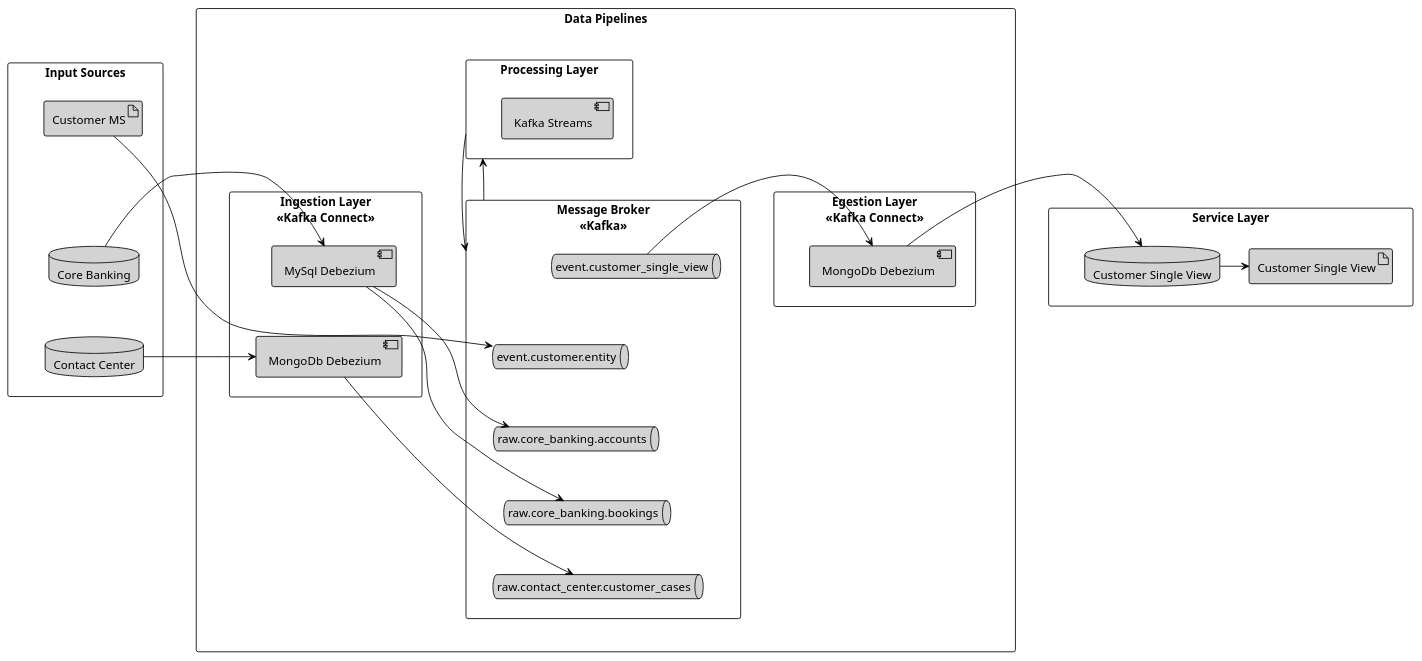
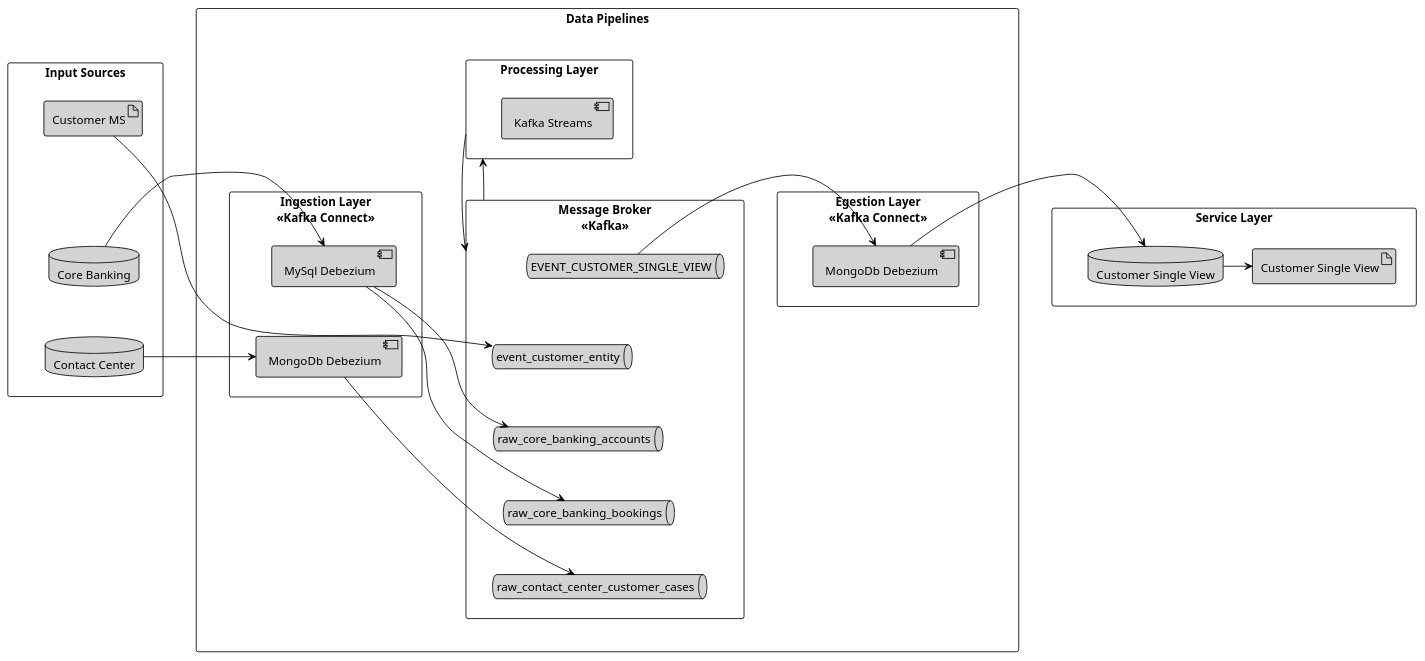
One commit to scalvetr/costomer-single-view changed the diagram in doc/system-design.puml. Above: the diagram before and after it, drawn with PlantUML. The commit also changed 16 other files, not shown here.

```diff
--- a/doc/system-design.puml
+++ b/doc/system-design.puml
@@ -1,99 +1,99 @@
 @startuml
 'https://plantuml.com/deployment-diagram
 ''!theme aws-orange
 
 <style>
 componentDiagram {
   BackGroundColor white
   LineThickness 1
   LineColor black
 }
 database {
     BackGroundColor: lightgrey;
 }
 artifact {
     BackGroundColor: lightgrey;
 }
 component {
     BackGroundColor: lightgrey;
 }
 queue {
     BackGroundColor: lightgrey;
 }
 </style>
 
 rectangle "Input Sources" as inputs {
     artifact "Customer MS" as ms_customer
     database "Core Banking" as db_core_banking
     database "Contact Center" as db_contact_center
 }
 
 rectangle "Data Pipelines" as pipelines {
     rectangle "Ingestion Layer\n<<Kafka Connect>>" as ingestion_layer {
        component "MySql Debezium" as ingest_mysql_debezium
        component "MongoDb Debezium" as ingest_mongodb_debezium
     }
     rectangle "Message Broker\n<<Kafka>>" as message_broker {
-        queue "event.customer.entity" as topic_customer_entity
-        queue "raw.core_banking.bookings" as topic_core_banking_bookings
-        queue "raw.core_banking.accounts" as topic_core_banking_accounts
-        queue "raw.contact_center.customer_cases" as topic_contact_center_customer_cases
-        queue "event.customer_single_view" as topic_customer_single_view
+        queue "event_customer_entity" as topic_customer_entity
+        queue "raw_core_banking_bookings" as topic_core_banking_bookings
+        queue "raw_core_banking_accounts" as topic_core_banking_accounts
+        queue "raw_contact_center_customer_cases" as topic_contact_center_customer_cases
+        queue "EVENT_CUSTOMER_SINGLE_VIEW" as topic_customer_single_view
        }
 
     rectangle "Processing Layer" as processing_layer {
         component "Kafka Streams"
     }
 
     rectangle "Egestion Layer\n<<Kafka Connect>>" as egestion_layer {
        component "MongoDb Debezium" as egest_mongodb_debezium
     }
 
 }
 
 rectangle "Service Layer" as service_layer {
     artifact "Customer Single View" as ms_customer_single_view
     database "Customer Single View" as db_customer_single_view
 }
 
 inputs -[hidden]r-> pipelines
 pipelines -[hidden]r-> service_layer
 
 ingestion_layer -[hidden]r-> message_broker
 message_broker -[hidden]r-> egestion_layer
 
 
 ingestion_layer -[hidden]u-> processing_layer
 message_broker -u-> processing_layer
 egestion_layer -[hidden]u-> processing_layer
 
 processing_layer -> message_broker
 
 topic_customer_entity -[hidden]d-> topic_core_banking_accounts
 topic_core_banking_accounts -[hidden]d-> topic_core_banking_bookings
 topic_core_banking_bookings -[hidden]d-> topic_contact_center_customer_cases
 topic_customer_single_view -[hidden]d-> topic_customer_entity
 topic_customer_single_view -[hidden]d-> topic_core_banking_bookings
 topic_customer_single_view -[hidden]d-> topic_contact_center_customer_cases
 topic_customer_single_view -[hidden]d-> topic_core_banking_accounts
 
 ms_customer -[hidden]d-> db_core_banking
 db_core_banking -[hidden]d-> db_contact_center
 
 ingest_mysql_debezium -[hidden]d-> ingest_mongodb_debezium
 
 db_core_banking -r-> ingest_mysql_debezium
 db_contact_center -r-> ingest_mongodb_debezium
 
 ms_customer -r-> topic_customer_entity
 ingest_mysql_debezium -r-> topic_core_banking_accounts
 ingest_mysql_debezium -r-> topic_core_banking_bookings
 ingest_mongodb_debezium -r-> topic_contact_center_customer_cases
 
 egest_mongodb_debezium -r-> db_customer_single_view
 topic_customer_single_view -r-> egest_mongodb_debezium
 
 db_customer_single_view -r-> ms_customer_single_view
 
 
 @enduml
```
